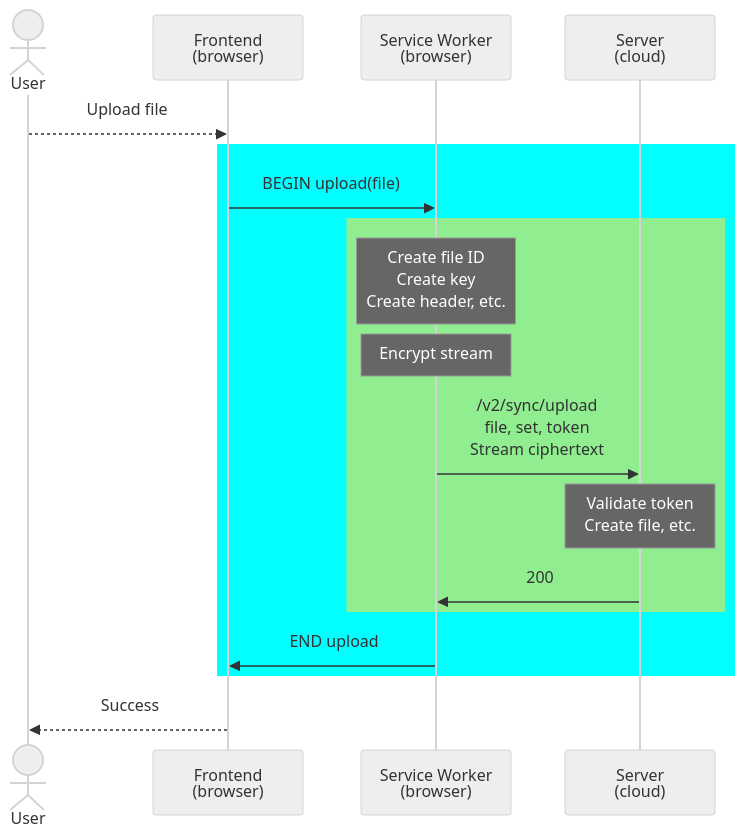
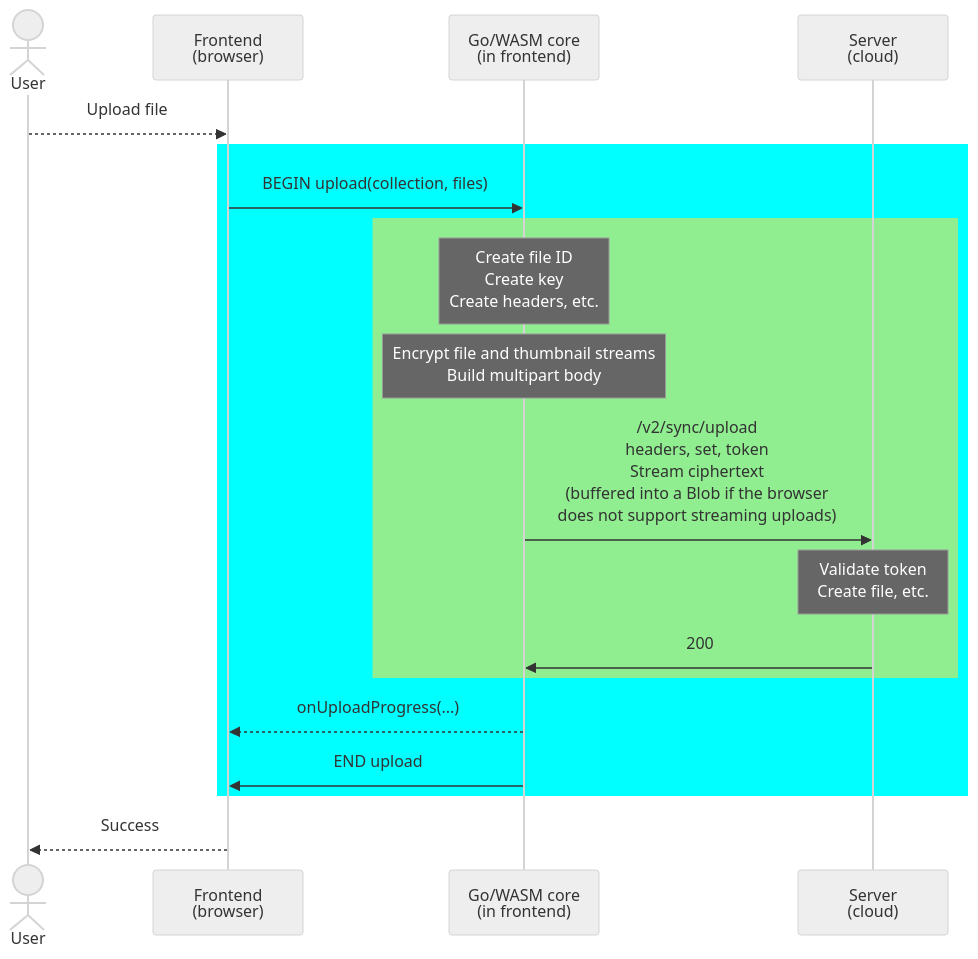
Before and after one commit to c2FmZQ/photos: the tenth of 10 diagrams in docs/PWA.md, drawn with Mermaid (neutral theme). The commit also changed other lines of this file, not shown here.

First line of the commit message:
Update PWA.md account lifecycle and media diagrams for the Go/WASM core

````diff
--- a/docs/PWA.md
+++ b/docs/PWA.md
@@ -321,21 +333,22 @@
 ```mermaid
 sequenceDiagram
   actor A as User
   participant FE as Frontend<br>(browser)
-  participant SW as Service Worker<br>(browser)
+  participant W as Go/WASM core<br>(in frontend)
   participant BE as Server<br>(cloud)
 
   A-->>FE: Upload file
   rect cyan
-    FE->>SW: BEGIN upload(file)
+    FE->>W: BEGIN upload(collection, files)
     rect lightgreen
-      Note over SW: Create file ID<br>Create key<br>Create header, etc.
-      Note over SW: Encrypt stream
-      SW->>BE: /v2/sync/upload<br>file, set, token<br>Stream ciphertext
+      Note over W: Create file ID<br>Create key<br>Create headers, etc.
+      Note over W: Encrypt file and thumbnail streams<br>Build multipart body
+      W->>BE: /v2/sync/upload<br>headers, set, token<br>Stream ciphertext<br>(buffered into a Blob if the browser<br>does not support streaming uploads)
       Note over BE: Validate token<br>Create file, etc.
-      BE->>SW: 200
+      BE->>W: 200
     end
-    SW->>FE: END upload
+    W-->>FE: onUploadProgress(...)
+    W->>FE: END upload
   end
   FE-->>A: Success
 ```
````
